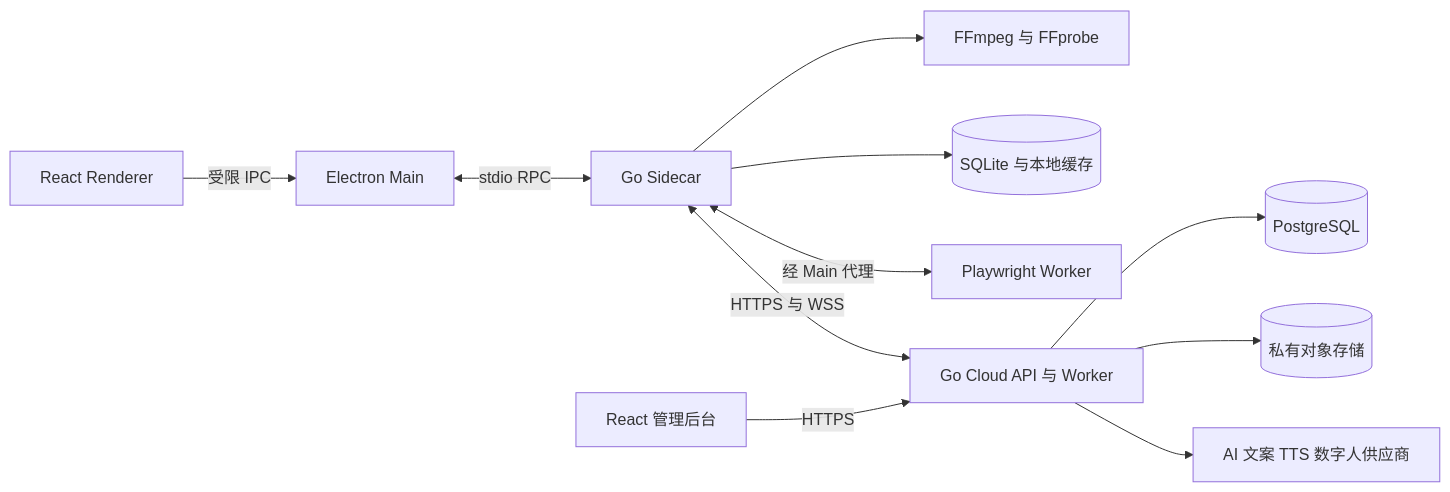
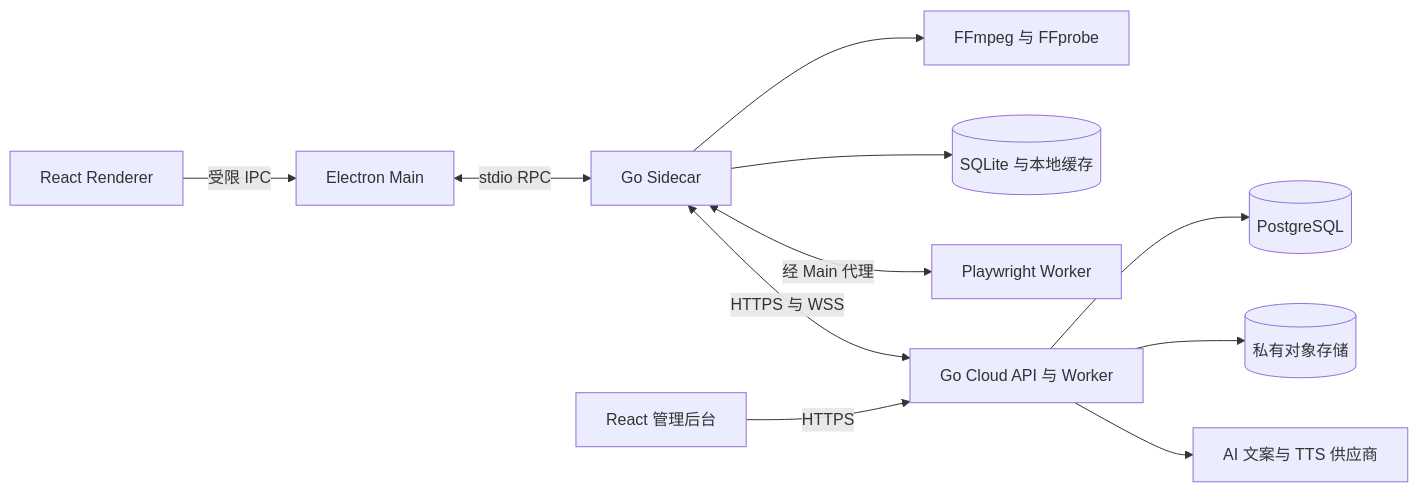
One commit to EgooAI/keagent-studio changed the diagram in docs/02-系统架构与交付.md. Above: the diagram before and after it, drawn with Mermaid. The commit also changed other lines of this file and 74 other files, not shown here.

````diff
--- a/docs/02-系统架构与交付.md
+++ b/docs/02-系统架构与交付.md
@@ -23,13 +23,13 @@
 ```mermaid
 flowchart LR
     UI[React Renderer] -->|受限 IPC| MAIN[Electron Main]
     MAIN <-->|stdio RPC| LOCAL[Go Sidecar]
     LOCAL --> MEDIA[FFmpeg 与 FFprobe]
     LOCAL --> DB[(SQLite 与本地缓存)]
     LOCAL <-->|经 Main 代理| WORKER[Playwright Worker]
     LOCAL <-->|HTTPS 与 WSS| API[Go Cloud API 与 Worker]
     API --> PG[(PostgreSQL)]
     API --> STORE[(私有对象存储)]
-    API --> AI[AI 文案 TTS 数字人供应商]
+    API --> AI[AI 文案与 TTS 供应商]
     ADMIN[React 管理后台] -->|HTTPS| API
 ```
````
